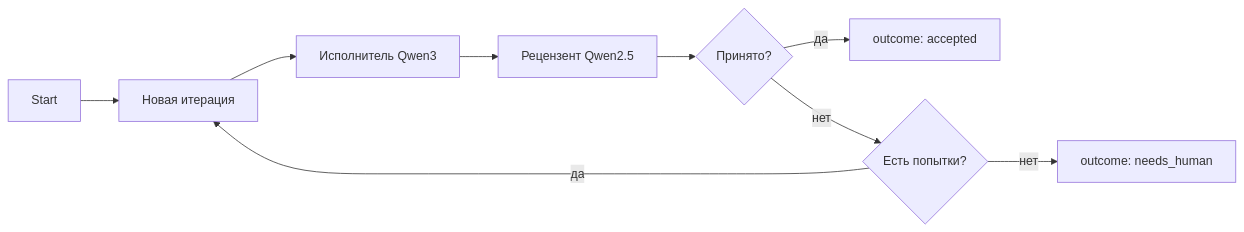
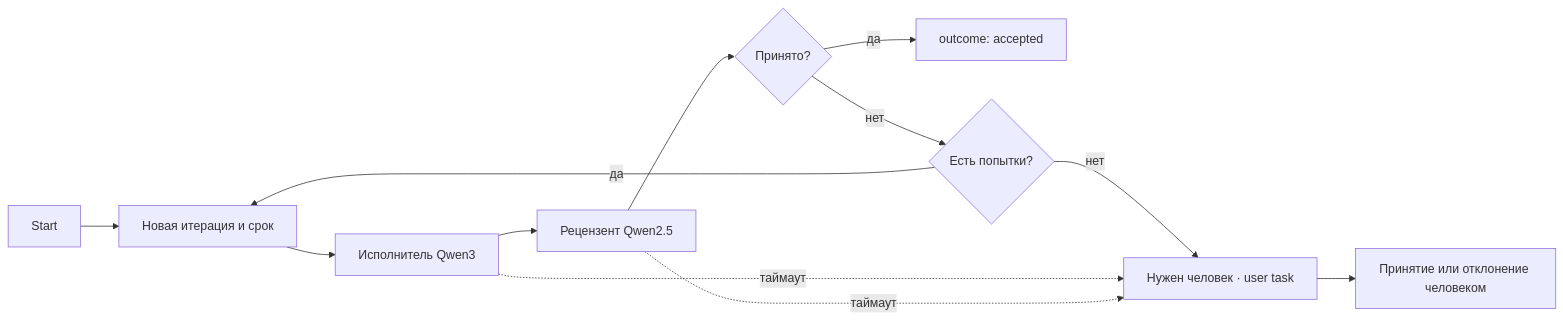
Before and after one commit to nicolas-vp/go-bpm-ai-orchestrator: the diagram in README.md, drawn with Mermaid. The commit also changed other lines of this file and 18 other files, not shown here.

````diff
--- a/README.md
+++ b/README.md
@@ -51,11 +51,14 @@
 ```mermaid
 flowchart LR
-  Start --> Prepare[Новая итерация]
+  Start --> Prepare[Новая итерация и срок]
   Prepare --> Write[Исполнитель Qwen3]
   Write --> Review[Рецензент Qwen2.5]
   Review --> Verdict{Принято?}
   Verdict -->|да| Accepted[outcome: accepted]
   Verdict -->|нет| Limit{Есть попытки?}
   Limit -->|да| Prepare
-  Limit -->|нет| Human[outcome: needs_human]
+  Limit -->|нет| Human[Нужен человек · user task]
+  Write -. таймаут .-> Human
+  Review -. таймаут .-> Human
+  Human --> Decision[Принятие или отклонение человеком]
 ```
````
